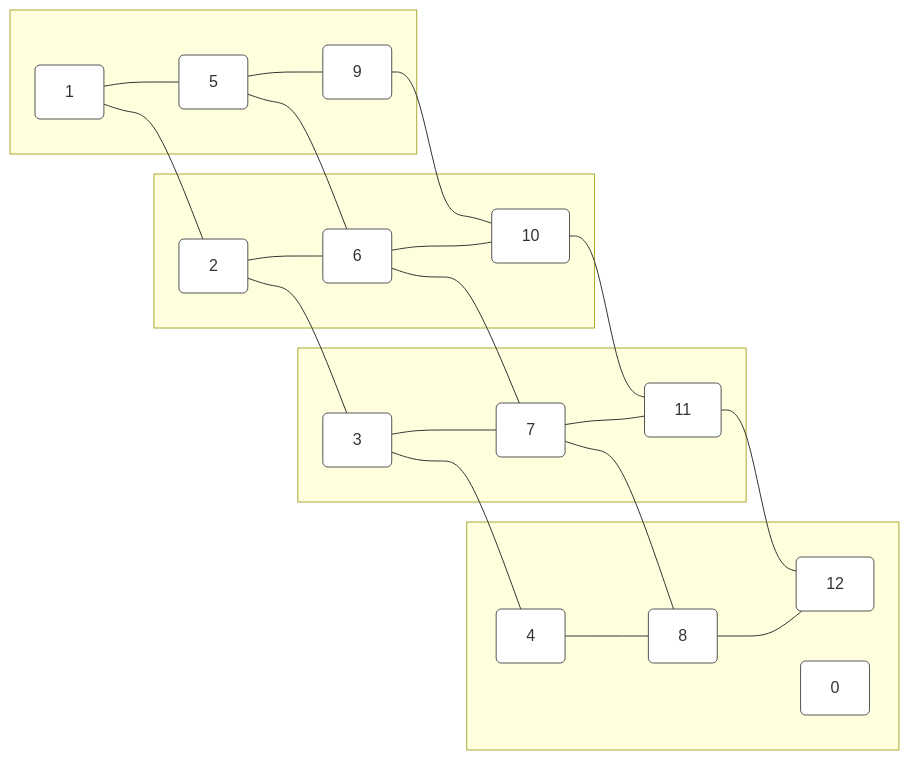
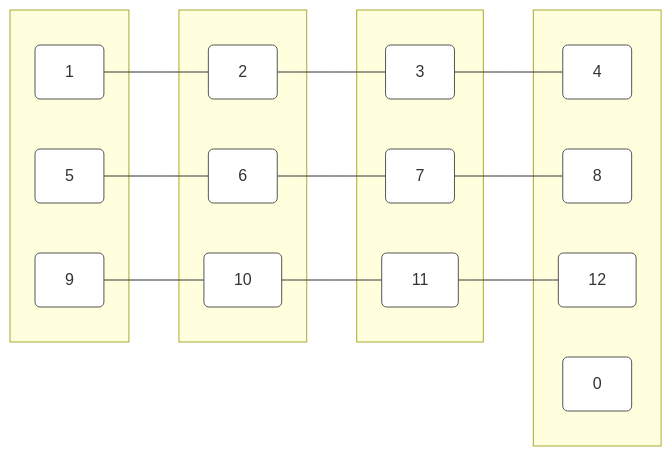
One commit to athena-tircgo/amr-lsj changed the second of 2 diagrams in README.md. Above: the diagram before and after it, drawn with Mermaid.

````diff
--- a/README.md
+++ b/README.md
@@ -50,47 +50,43 @@
 ```mermaid
 graph LR
     %% 樣式設定
     classDef node fill:#fff,stroke:#555,stroke-width:1px,rx:5,ry:5;
 
     %% 第一欄
     subgraph col1[ ]
         A1[1]:::node
         A2[5]:::node
         A3[9]:::node
     end
 
     %% 第二欄
     subgraph col2[ ]
         A4[2]:::node
         A5[6]:::node
         A6[10]:::node
     end
 
     %% 第三欄
     subgraph col3[ ]
         A7[3]:::node
         A8[7]:::node
         A9[11]:::node
     end
 
     %% 第四欄
     subgraph col4[ ]
         A10[4]:::node
         A11[8]:::node
         A12[12]:::node
         A13[0]:::node
     end
 
     %% 橫向連線
     A1 --- A4 --- A7 --- A10
     A2 --- A5 --- A8 --- A11
     A3 --- A6 --- A9 --- A12
 
-    %% 垂直連線
-    A1 --- A2 --- A3
-    A4 --- A5 --- A6
-    A7 --- A8 --- A9
-    A10 --- A11 --- A12
+
 
 
 ```
````
